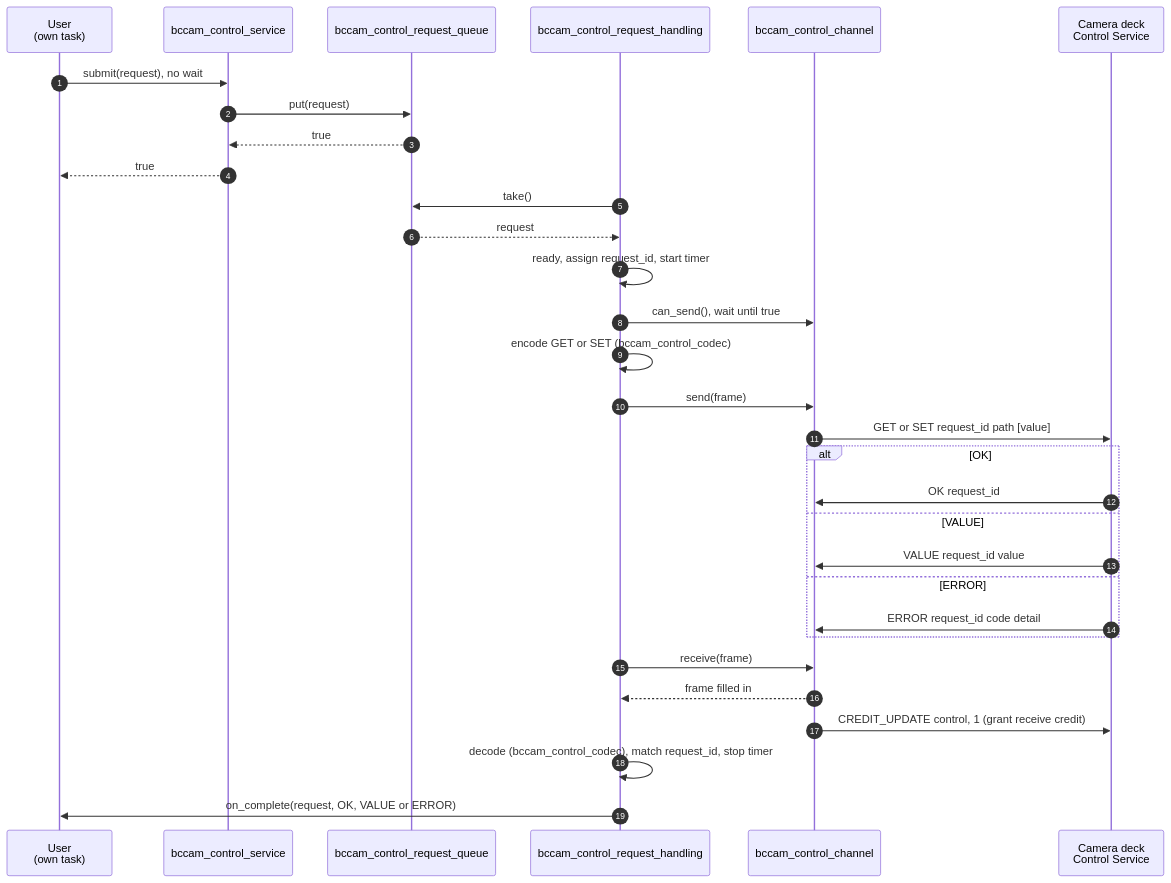
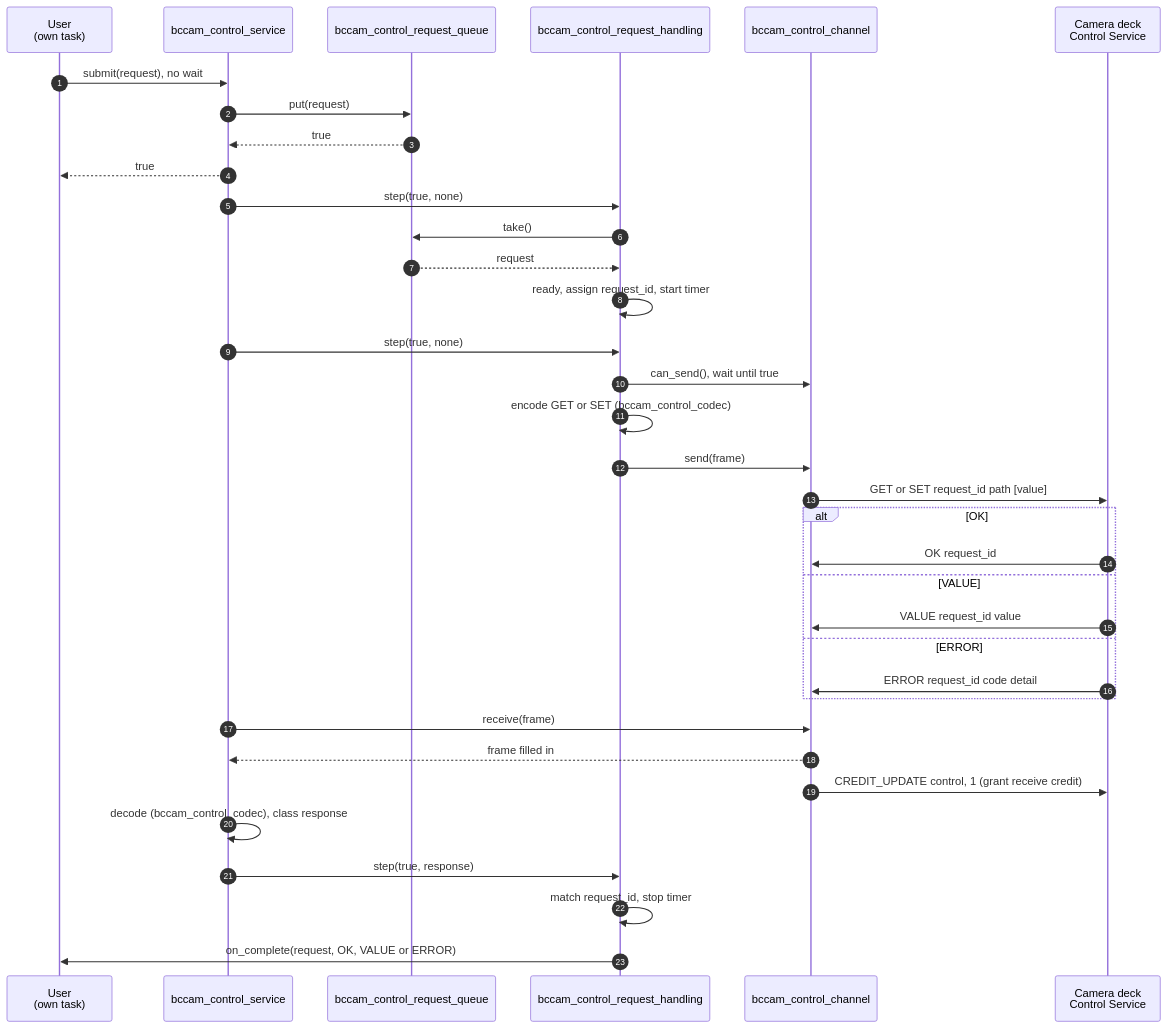
One commit to bitcraze/crazyflie-firmware changed the fifth of 12 diagrams in docs/functional-areas/camera-deck-control.md. Above: the diagram before and after it, drawn with Mermaid. The commit also changed other lines of this file, not shown here.

Commit message:
doc: Parse frame kind first, only input responses to request handling

````diff
--- a/docs/functional-areas/camera-deck-control.md
+++ b/docs/functional-areas/camera-deck-control.md
@@ -453,34 +477,38 @@
 ```mermaid
 sequenceDiagram
     autonumber
     participant U as User<br/>(own task)
     participant CS as bccam_control_service
     participant Q as bccam_control_request_queue
     participant H as bccam_control_request_handling
     participant Ch as bccam_control_channel
     participant D as Camera deck<br/>Control Service
 
     U->>CS: submit(request), no wait
     CS->>Q: put(request)
     Q-->>CS: true
     CS-->>U: true
+    CS->>H: step(true, none)
     H->>Q: take()
     Q-->>H: request
     H->>H: ready, assign request_id, start timer
+    CS->>H: step(true, none)
     H->>Ch: can_send(), wait until true
     H->>H: encode GET or SET (bccam_control_codec)
     H->>Ch: send(frame)
     Ch->>D: GET or SET request_id path [value]
     alt OK
         D->>Ch: OK request_id
     else VALUE
         D->>Ch: VALUE request_id value
     else ERROR
         D->>Ch: ERROR request_id code detail
     end
-    H->>Ch: receive(frame)
-    Ch-->>H: frame filled in
+    CS->>Ch: receive(frame)
+    Ch-->>CS: frame filled in
     Ch->>D: CREDIT_UPDATE control, 1 (grant receive credit)
-    H->>H: decode (bccam_control_codec), match request_id, stop timer
+    CS->>CS: decode (bccam_control_codec), class response
+    CS->>H: step(true, response)
+    H->>H: match request_id, stop timer
     H->>U: on_complete(request, OK, VALUE or ERROR)
 ```
````
